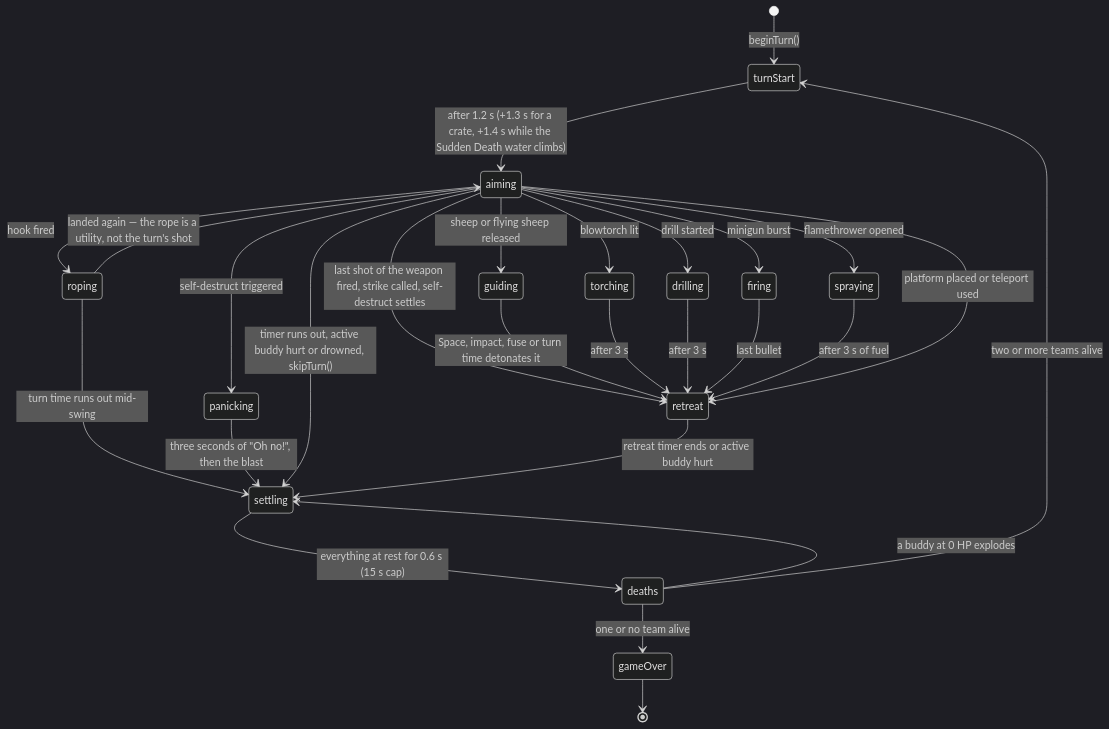
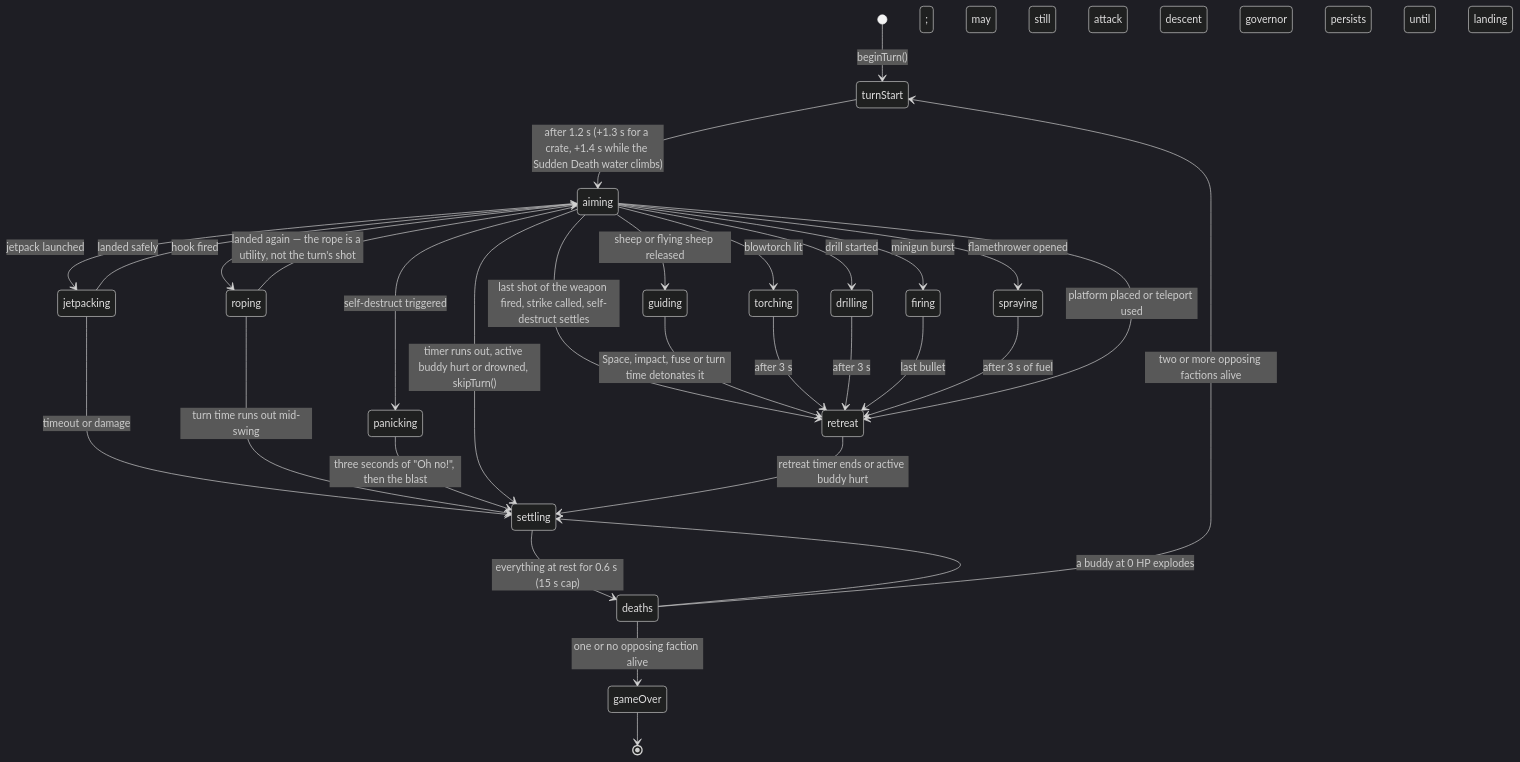
One commit to marcelpetrick/AlliumAssault changed the sixth of 9 diagrams in docs/ARCHITECTURE.md. Above: the diagram before and after it, drawn with Mermaid (dark theme). The commit also changed other lines of this file and 97 other files, not shown here.

````diff
--- a/docs/ARCHITECTURE.md
+++ b/docs/ARCHITECTURE.md
@@ -238,29 +241,32 @@
 ```mermaid
 stateDiagram-v2
   [*] --> turnStart: beginTurn()
   turnStart --> aiming: after 1.2 s (+1.3 s for a crate, +1.4 s while the Sudden Death water climbs)
   aiming --> retreat: last shot of the weapon fired, strike called, self-destruct settles
   aiming --> guiding: sheep or flying sheep released
   guiding --> retreat: Space, impact, fuse or turn time detonates it
   aiming --> torching: blowtorch lit
   torching --> retreat: after 3 s
   aiming --> drilling: drill started
   drilling --> retreat: after 3 s
   aiming --> firing: minigun burst
   firing --> retreat: last bullet
   aiming --> spraying: flamethrower opened
   spraying --> retreat: after 3 s of fuel
+  aiming --> jetpacking: jetpack launched
+  jetpacking --> aiming: landed safely; may still attack
+  jetpacking --> settling: timeout or damage; descent governor persists until landing
   aiming --> roping: hook fired
   roping --> aiming: landed again — the rope is a utility, not the turn's shot
   roping --> settling: turn time runs out mid-swing
   aiming --> panicking: self-destruct triggered
   panicking --> settling: three seconds of "Oh no!", then the blast
   aiming --> retreat: platform placed or teleport used
   aiming --> settling: timer runs out, active buddy hurt or drowned, skipTurn()
   retreat --> settling: retreat timer ends or active buddy hurt
   settling --> deaths: everything at rest for 0.6 s (15 s cap)
   deaths --> settling: a buddy at 0 HP explodes
-  deaths --> turnStart: two or more teams alive
-  deaths --> gameOver: one or no team alive
+  deaths --> turnStart: two or more opposing factions alive
+  deaths --> gameOver: one or no opposing faction alive
   gameOver --> [*]
 ```
````
